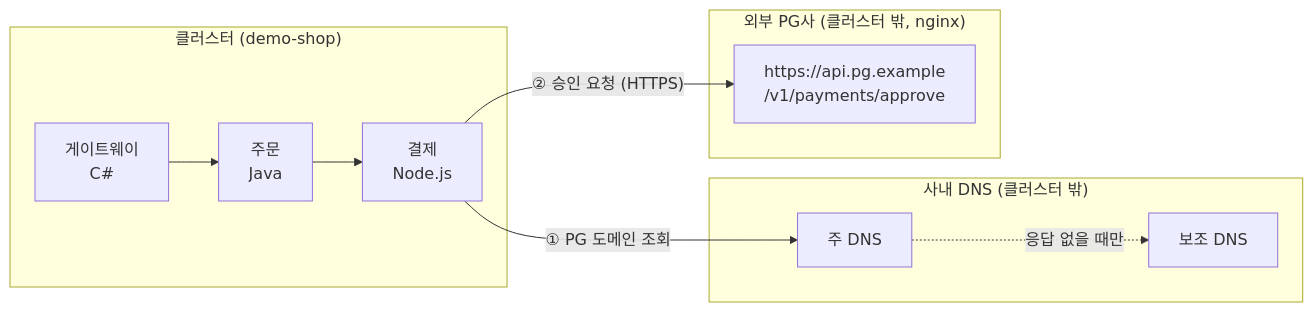
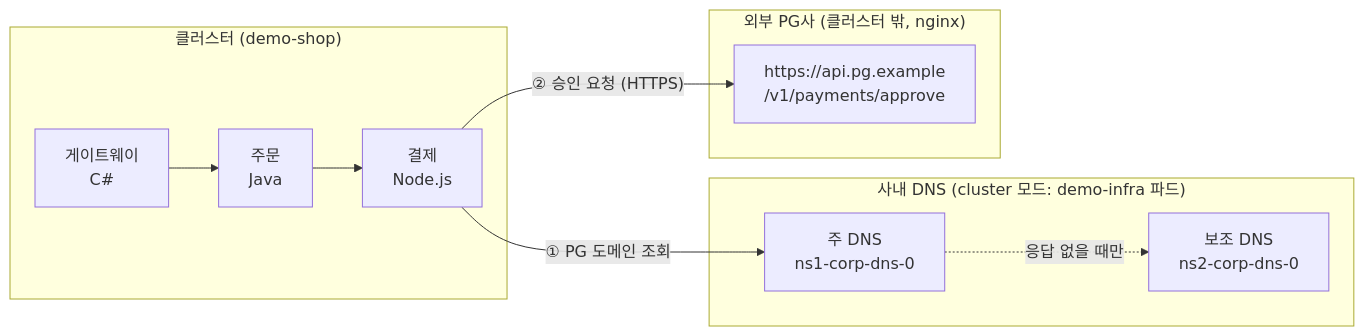
The third of 3 diagrams in README.md (beomzh/demo-ebpf-shop), drawn with Mermaid before and after one commit. The commit also changed other lines of this file and 12 other files, not shown here.

First line of the commit message:
Corporate DNS as pods (CORP_DNS_MODE=cluster, default): ns1-corp-dns / ns2-corp-dns

````diff
--- a/README.md
+++ b/README.md
@@ -930,16 +962,16 @@
 ```mermaid
 flowchart LR
   subgraph k8s["클러스터 (demo-shop)"]
     GW["게이트웨이<br/>C#"] --> ORD["주문<br/>Java"] --> PAY["결제<br/>Node.js"]
   end
-  subgraph corp["사내 DNS (클러스터 밖)"]
-    D1["주 DNS"]
-    D2["보조 DNS"]
+  subgraph corp["사내 DNS (cluster 모드: demo-infra 파드)"]
+    D1["주 DNS<br/>ns1-corp-dns-0"]
+    D2["보조 DNS<br/>ns2-corp-dns-0"]
   end
   subgraph ext["외부 PG사 (클러스터 밖, nginx)"]
     PG["https://api.pg.example<br/>/v1/payments/approve"]
   end
   PAY -->|"① PG 도메인 조회"| D1
   D1 -.->|"응답 없을 때만"| D2
   PAY -->|"② 승인 요청 (HTTPS)"| PG
 ```
````
